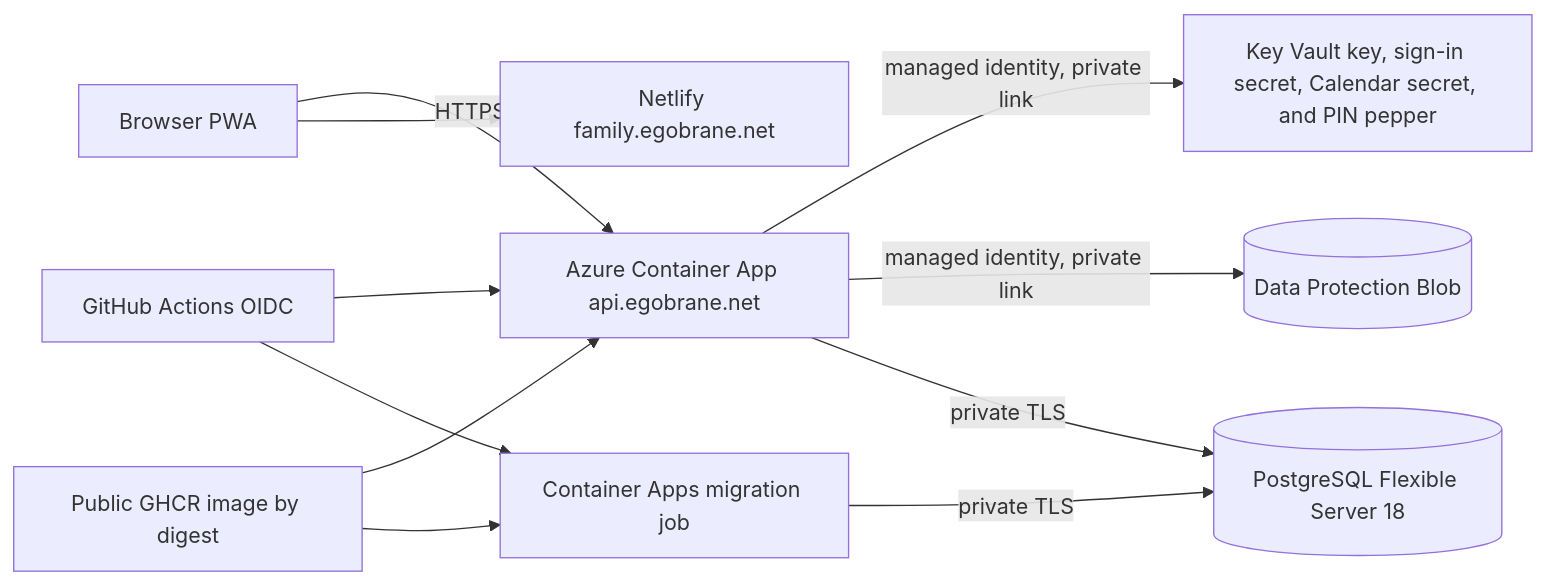
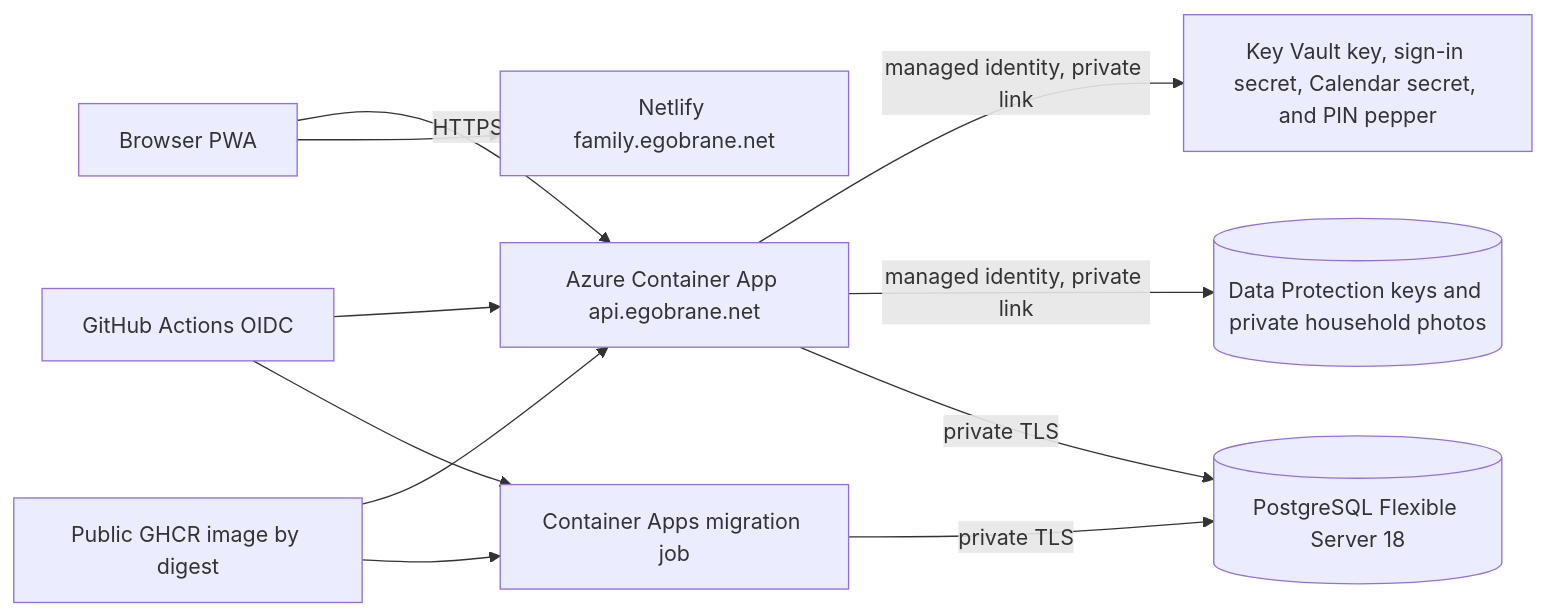
Before and after one commit to egobrane/FamilyBoard: the diagram in docs/deployment/azure.md, drawn with Mermaid. The commit also changed other lines of this file and 57 other files, not shown here.

````diff
--- a/docs/deployment/azure.md
+++ b/docs/deployment/azure.md
@@ -7,13 +7,13 @@
 ```mermaid
 flowchart LR
     Browser[Browser PWA] --> Netlify[Netlify family.egobrane.net]
     Browser -->|HTTPS| API[Azure Container App api.egobrane.net]
     GHCR[Public GHCR image by digest] --> Job[Container Apps migration job]
     GHCR --> API
     Job -->|private TLS| PostgreSQL[(PostgreSQL Flexible Server 18)]
     API -->|private TLS| PostgreSQL
-    API -->|managed identity, private link| Blob[(Data Protection Blob)]
+    API -->|managed identity, private link| Blob[(Data Protection keys and private household photos)]
     API -->|managed identity, private link| Vault[Key Vault key, sign-in secret, Calendar secret, and PIN pepper]
     GitHub[GitHub Actions OIDC] --> Job
     GitHub --> API
 ```
````
